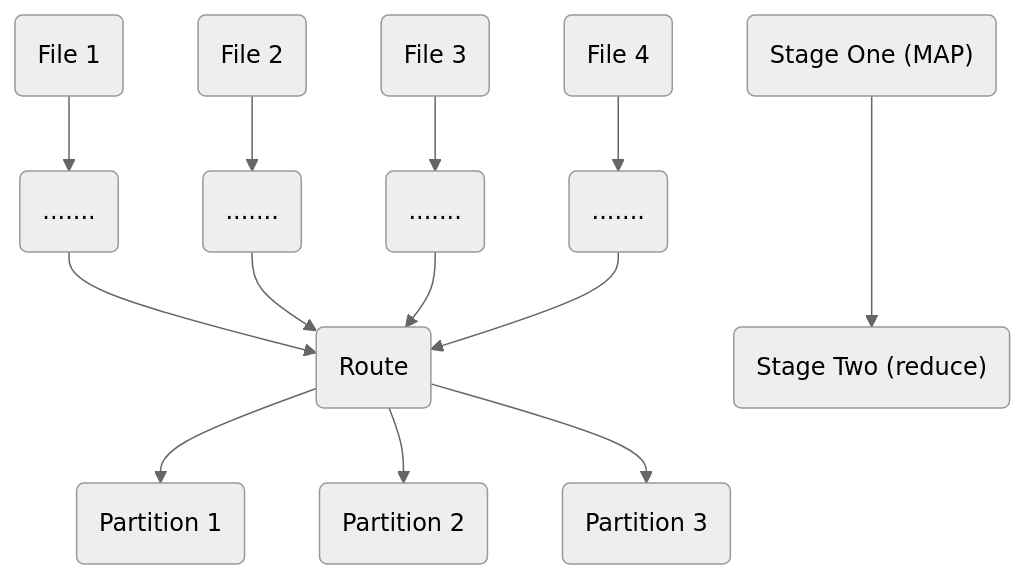
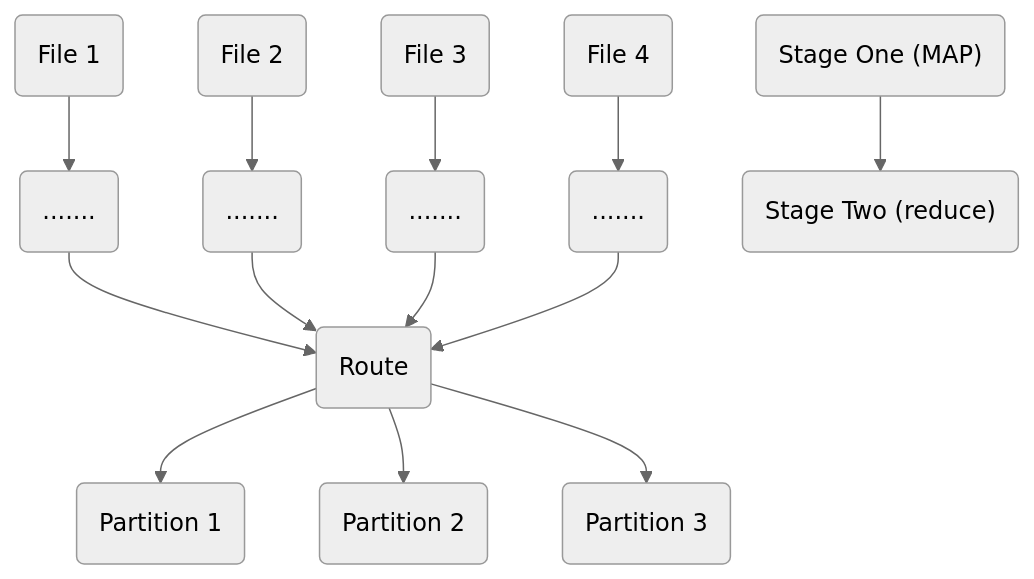
Before and after one commit to ImtiazKhanDS/blog_md: the diagram in posts/2024/spark-fundamentals.md, drawn with Mermaid (neutral theme).

Commit message:
diagram issue in spark fundamentals post

````diff
--- a/posts/2024/spark-fundamentals.md
+++ b/posts/2024/spark-fundamentals.md
@@ -126,24 +126,24 @@
 ```mermaid
-graph TB
+graph TD
 
 TEXT("Stage One (MAP)")
 
 F1("File 1") --> G1(".......")
 F2("File 2") --> G2(".......")
 F3("File 3") --> G3(".......")
 F4("File 4") --> G4(".......")
 
 
 G1 --> P("Route")
 G2 --> P
 G3 --> P
 G4 --> P
 
 
 P --> H1("Partition 1")
 P --> H2("Partition 2")
 P --> H3("Partition 3")
 
 
-TEXT ---> TEXT1("Stage Two (reduce)")
+TEXT --> TEXT1("Stage Two (reduce)")
 ```
````
